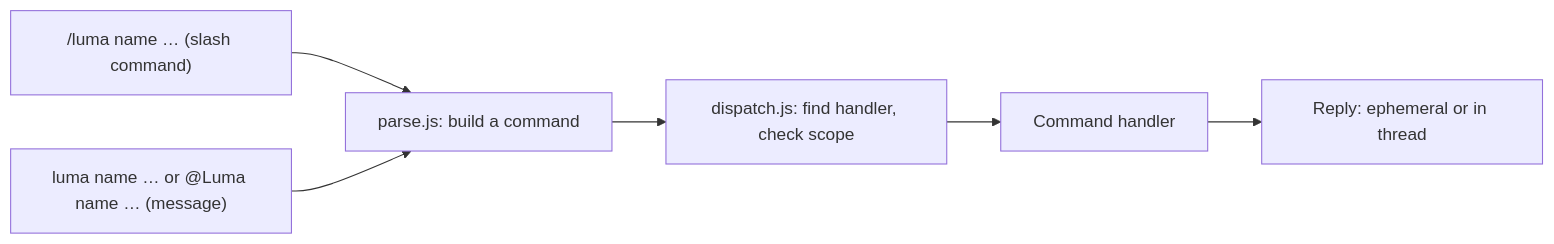
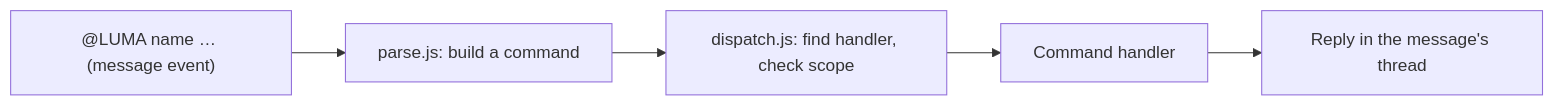
Before and after one commit to Aura300/Cade: the diagram in README.md, drawn with Mermaid. The commit also changed other lines of this file and 13 other files, not shown here.

````diff
--- a/README.md
+++ b/README.md
@@ -10,13 +13,10 @@
 ```mermaid
 flowchart LR
-    Slash["/luma name … (slash command)"]
-    Message["luma name … or @Luma name … (message)"]
+    Message["@LUMA name … (message event)"]
     Parse[parse.js: build a command]
     Dispatch[dispatch.js: find handler, check scope]
     Handler[Command handler]
-    Reply[Reply: ephemeral or in thread]
+    Reply[Reply in the message's thread]
 
-    Slash --> Parse
-    Message --> Parse
-    Parse --> Dispatch --> Handler --> Reply
+    Message --> Parse --> Dispatch --> Handler --> Reply
 ```
````
